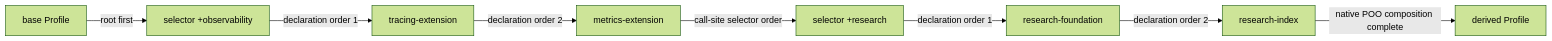
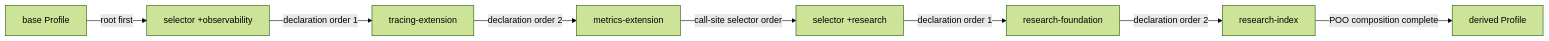
One commit to tao3k/gebril-yuanxu changed the third of 9 diagrams in module-system/design/45-17-profile-expansion-reflection-and-identity.org. Above: the diagram before and after it, drawn with Mermaid (forest theme). The commit also changed other lines of this file and 1469 other files, not shown here.

```diff
--- a/module-system/design/45-17-profile-expansion-reflection-and-identity.org
+++ b/module-system/design/45-17-profile-expansion-reflection-and-identity.org
@@ -202,19 +202,19 @@
 #+begin_src mermaid
 flowchart LR
     B["base Profile"]
     O["selector +observability"]
     O1["tracing-extension"]
     O2["metrics-extension"]
     R["selector +research"]
     R1["research-foundation"]
     R2["research-index"]
     X["derived Profile"]
 
     B -->|"root first"| O
     O -->|"declaration order 1"| O1
     O1 -->|"declaration order 2"| O2
     O2 -->|"call-site selector order"| R
     R -->|"declaration order 1"| R1
     R1 -->|"declaration order 2"| R2
-    R2 -->|"native POO composition complete"| X
+    R2 -->|"POO composition complete"| X
 #+end_src
```
